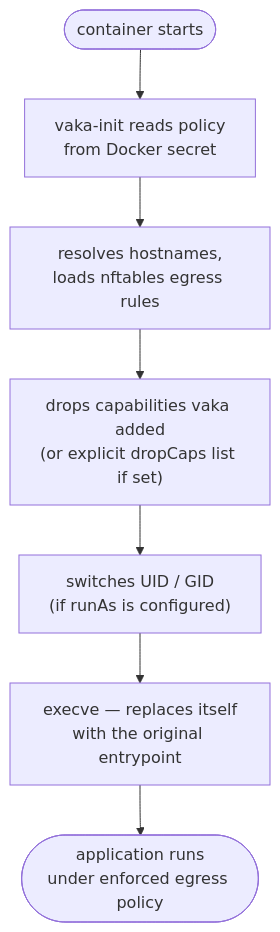
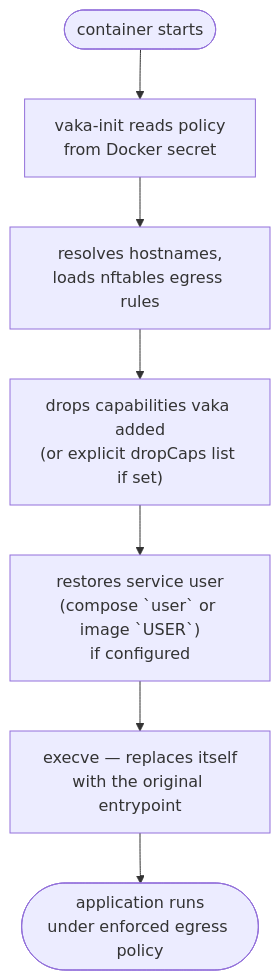
The second of 2 diagrams in README.md (infrasecture/vaka), drawn with Mermaid before and after one commit. The commit also changed other lines of this file and 17 other files, not shown here.

Commit message:
feat: replace runtime.runAs with compose-style user restore

````diff
--- a/README.md
+++ b/README.md
@@ -53,9 +53,9 @@
 ```mermaid
 flowchart TB
     s(["container starts"]) --> i["vaka-init reads policy<br/>from Docker secret"]
     i --> f["resolves hostnames,<br/>loads nftables egress rules"]
     f --> d["drops capabilities vaka added<br/>(or explicit dropCaps list if set)"]
-    d --> u["switches UID / GID<br/>(if runAs is configured)"]
+    d --> u["restores service user<br/>(compose `user` or image `USER`)<br/>if configured"]
     u --> e["execve — replaces itself<br/>with the original entrypoint"]
     e --> a(["application runs<br/>under enforced egress policy"])
 ```
````
